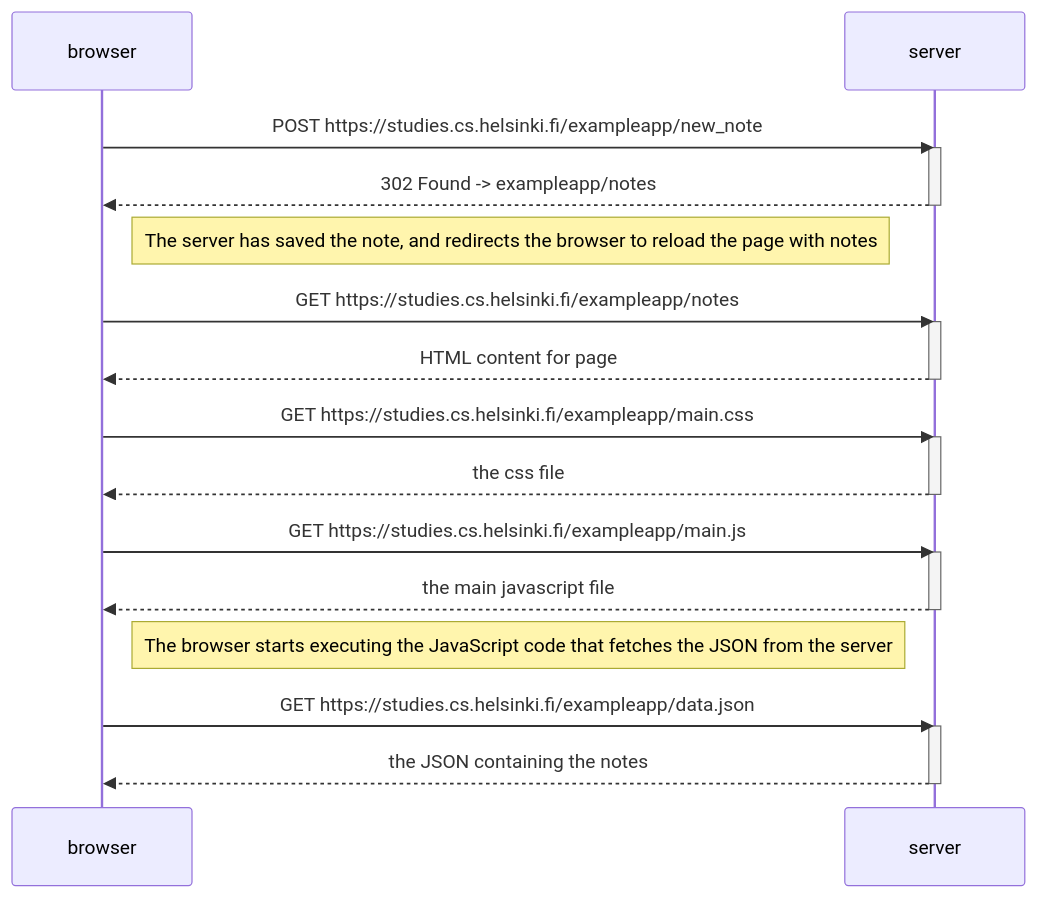
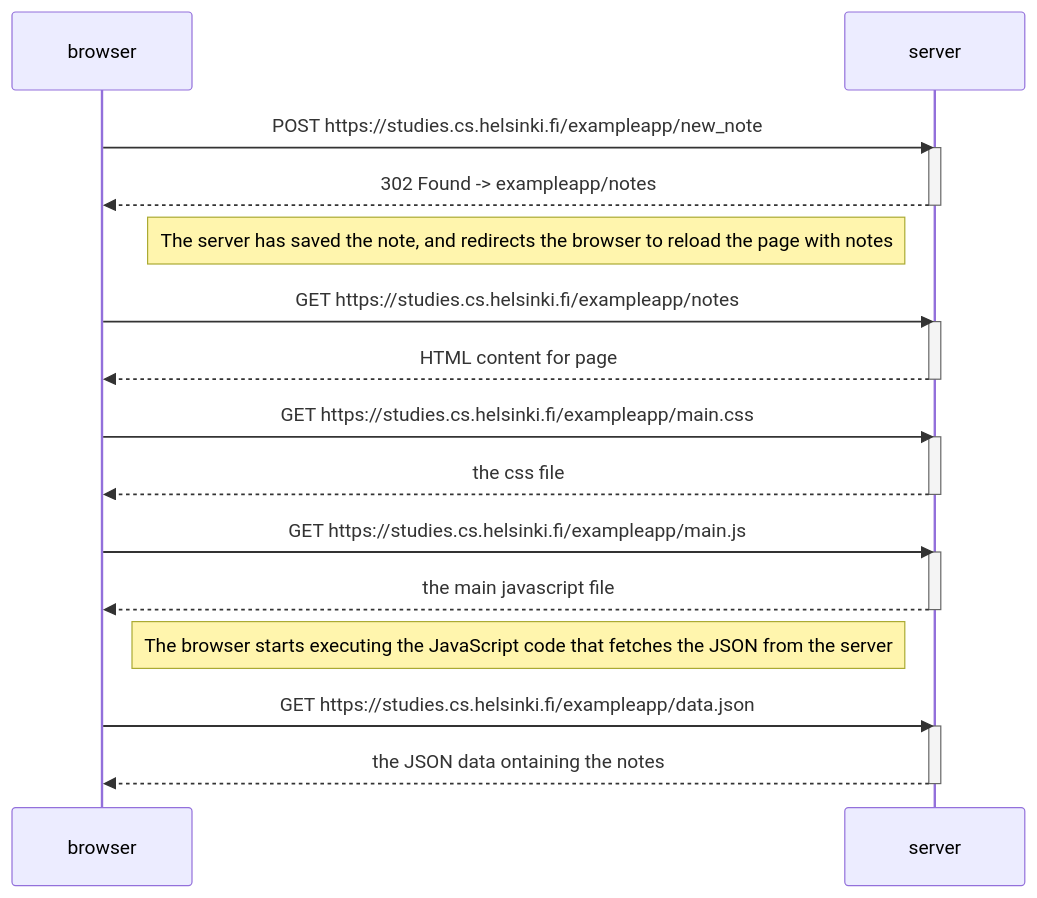
Before and after one commit to matsvw/fullstack-open: the diagram in part_0/excercise_0_4.md, drawn with Mermaid. The commit also changed 2 other files, not shown here.

Commit message:
Completed excercises 0.5 and 0.6

````diff
--- a/part_0/excercise_0_4.md
+++ b/part_0/excercise_0_4.md
@@ -1,34 +1,34 @@
 ```mermaid
 sequenceDiagram
     participant browser
     participant server
 
     browser->>server: POST https://studies.cs.helsinki.fi/exampleapp/new_note
     activate server
     server-->>browser: 302 Found -> exampleapp/notes
     deactivate server
 
-    Note right of browser: The server has saved the note, and redirects the browser to reload the page with notes
+    Note left of server: The server has saved the note, and redirects the browser to reload the page with notes
 
     browser->>server: GET https://studies.cs.helsinki.fi/exampleapp/notes
     activate server
     server-->>browser: HTML content for page
     deactivate server
 
     browser->>server: GET https://studies.cs.helsinki.fi/exampleapp/main.css
     activate server
     server-->>browser: the css file
     deactivate server
 
     browser->>server: GET https://studies.cs.helsinki.fi/exampleapp/main.js
     activate server
     server-->>browser: the main javascript file
     deactivate server
 
     Note right of browser: The browser starts executing the JavaScript code that fetches the JSON from the server
 
     browser->>server: GET https://studies.cs.helsinki.fi/exampleapp/data.json
     activate server
-    server-->>browser: the JSON containing the notes
+    server-->>browser: the JSON data ontaining the notes
     deactivate server
 ```
````
